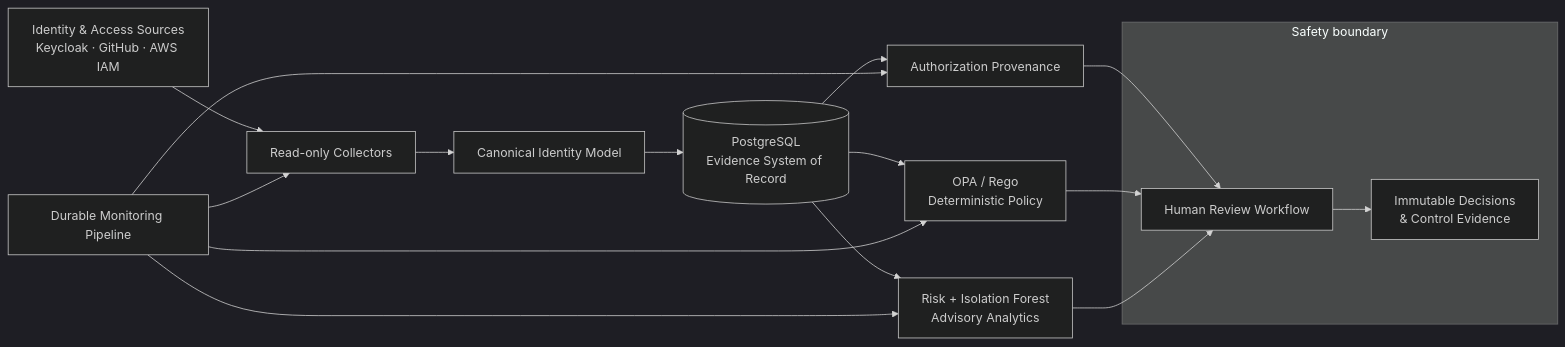
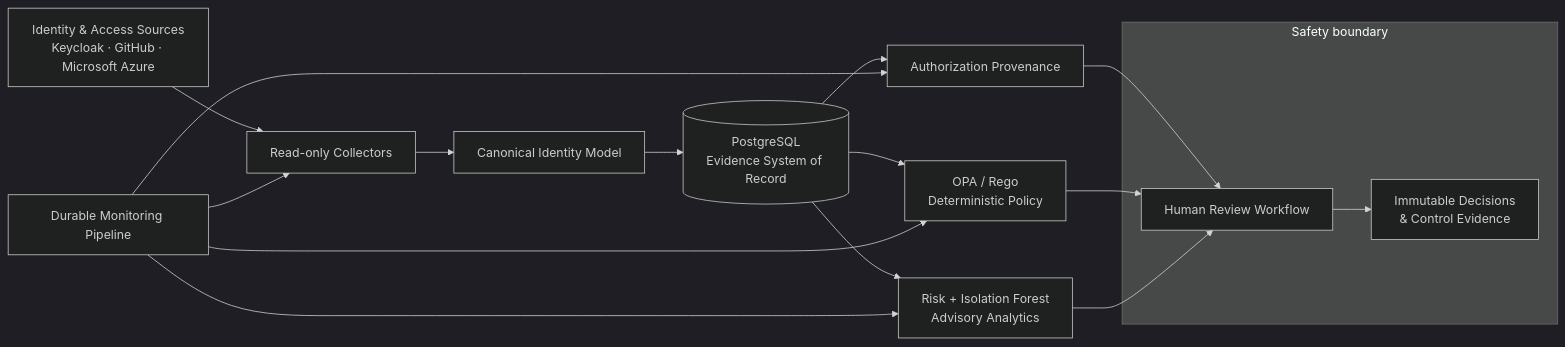
Before and after one commit to Samuelabhinav37/Athena: the diagram in README.md, drawn with Mermaid (dark theme). The commit also changed other lines of this file and 19 other files, not shown here.

Commit message:
feat(azure): replace AWS identity connector

````diff
--- a/README.md
+++ b/README.md
@@ -47,25 +47,25 @@
 ```mermaid
 flowchart LR
-    Sources["Identity & Access Sources<br/>Keycloak · GitHub · AWS IAM"] --> Collect["Read-only Collectors"]
+    Sources["Identity & Access Sources<br/>Keycloak · GitHub · Microsoft Azure"] --> Collect["Read-only Collectors"]
     Collect --> Normalize["Canonical Identity Model"]
     Normalize --> DB[(PostgreSQL<br/>Evidence System of Record)]
 
     DB --> Provenance["Authorization Provenance"]
     DB --> Policy["OPA / Rego<br/>Deterministic Policy"]
     DB --> Analytics["Risk + Isolation Forest<br/>Advisory Analytics"]
 
     Provenance --> Review["Human Review Workflow"]
     Policy --> Review
     Analytics --> Review
     Review --> Evidence["Immutable Decisions<br/>& Control Evidence"]
 
     Scheduler["Durable Monitoring Pipeline"] --> Collect
     Scheduler --> Provenance
     Scheduler --> Policy
     Scheduler --> Analytics
 
     subgraph Safety["Safety boundary"]
         Review
         Evidence
     end
 ```
````
